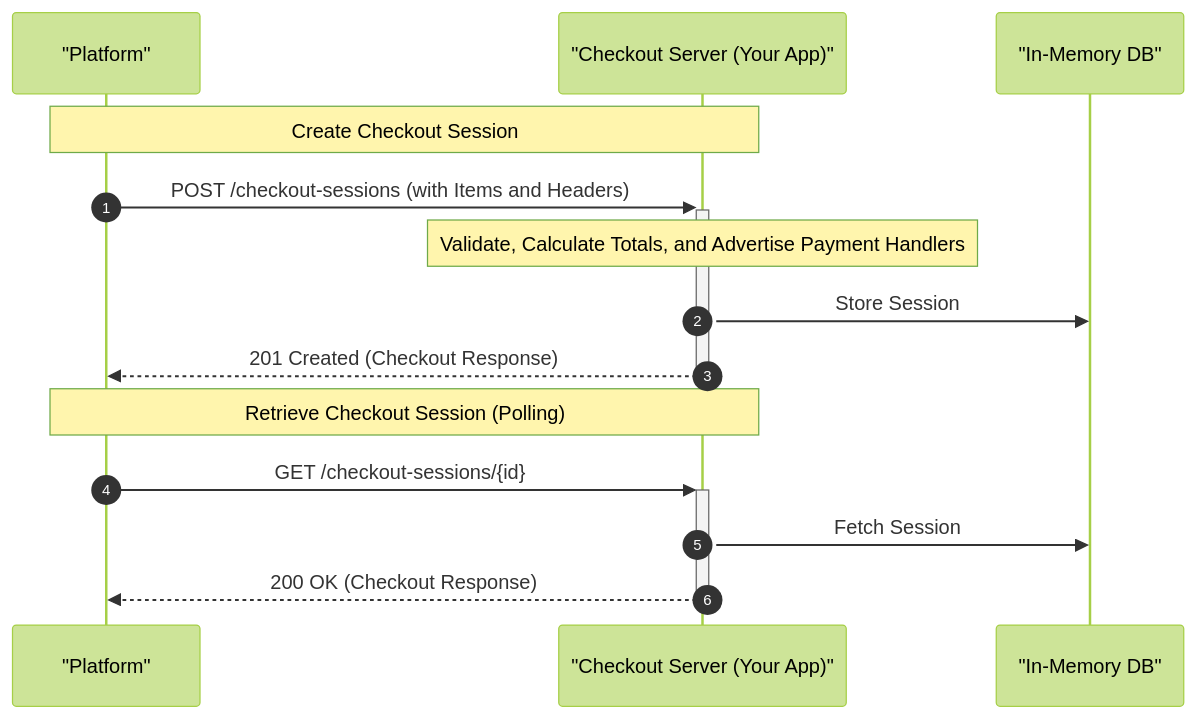
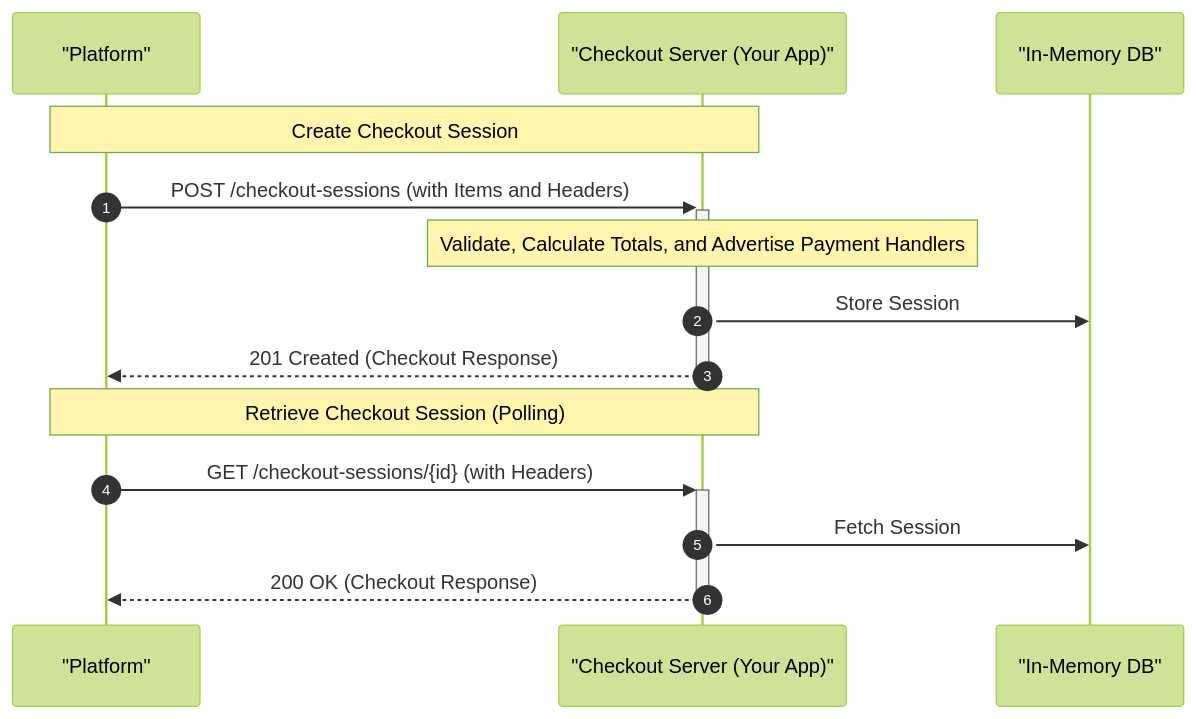
One commit to Universal-Commerce-Protocol/ucp changed the diagram in docs/specification/getting-started.md. Above: the diagram before and after it, drawn with Mermaid (forest theme). The commit also changed other lines of this file, not shown here.

Commit message:
docs: require UCP-Agent header on checkout retrieval in getting started guide

````diff
--- a/docs/specification/getting-started.md
+++ b/docs/specification/getting-started.md
@@ -87,19 +87,19 @@
 ```mermaid
 %%{init: {'sequence': {'actorMargin': 90, 'messageMargin': 45}}}%%
 sequenceDiagram
     autonumber
     participant Platform as "Platform"
     participant Server as "Checkout Server (Your App)"
     participant DB as "In-Memory DB"
 
     Note over Platform,Server: Create Checkout Session
     Platform->>+Server: POST /checkout-sessions (with Items and Headers)
     Note over Server: Validate, Calculate Totals, and Advertise Payment Handlers
     Server->>DB: Store Session
     Server-->>-Platform: 201 Created (Checkout Response)
 
     Note over Platform,Server: Retrieve Checkout Session (Polling)
-    Platform->>+Server: GET /checkout-sessions/{id}
+    Platform->>+Server: GET /checkout-sessions/{id} (with Headers)
     Server->>DB: Fetch Session
     Server-->>-Platform: 200 OK (Checkout Response)
 ```
````
